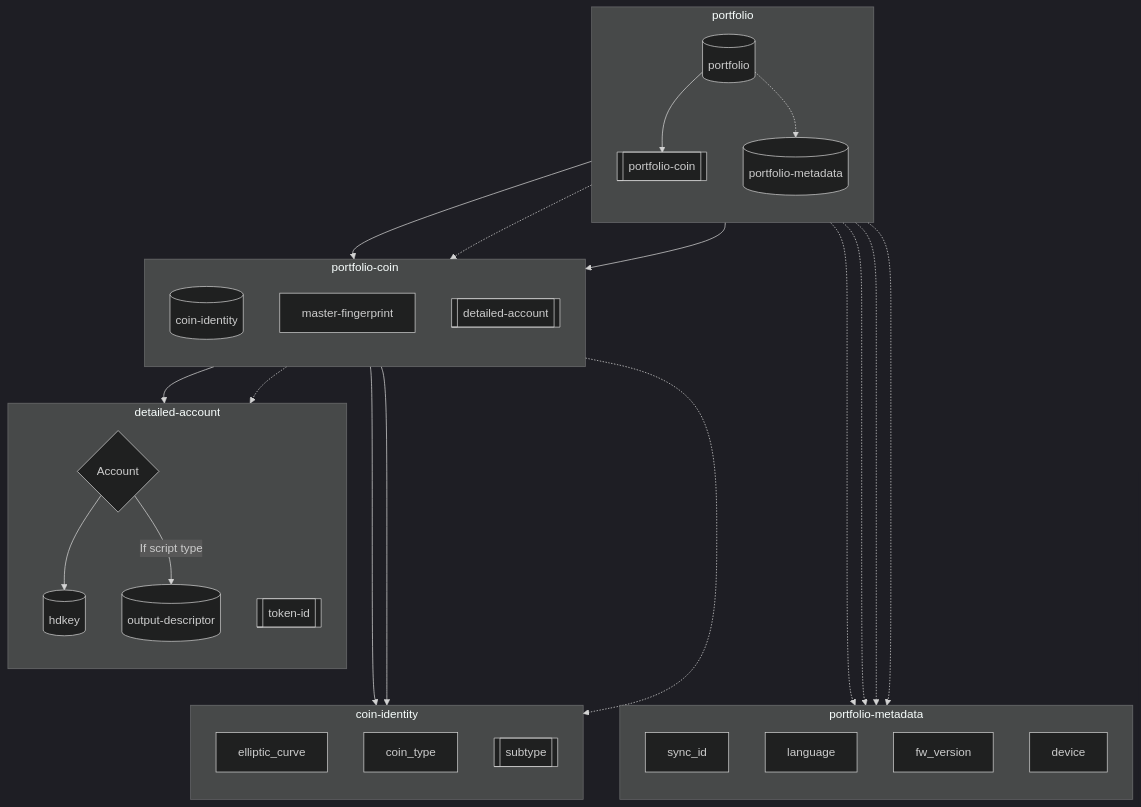
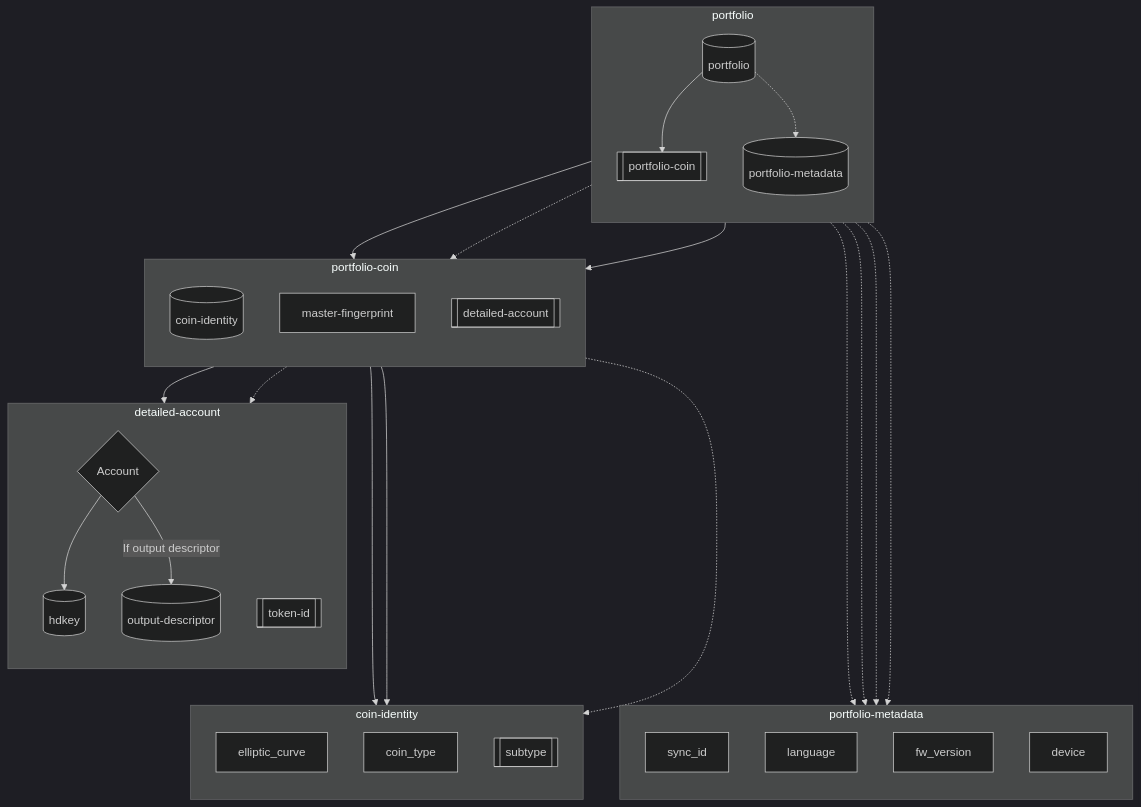
One commit to ngraveio/Research changed the fourth of 4 diagrams in papers/nbcr-2023-002-multi-layer-sync.md. Above: the diagram before and after it, drawn with Mermaid (dark theme). The commit also changed other lines of this file and 1 other file, not shown here.

First line of the commit message:
feat(nbcr-2024-001): Support output descriptor in UAI format (#13)

````diff
--- a/papers/nbcr-2023-002-multi-layer-sync.md
+++ b/papers/nbcr-2023-002-multi-layer-sync.md
@@ -458,44 +448,44 @@
 ```mermaid
 flowchart TB
 	%% portfolio breakdown
 	Sync[(portfolio)]
 	subgraph portfolio
     direction TB
 	Sync --> Coins[[portfolio-coin]]
 	Sync -.-> Meta[(portfolio-metadata)]
     end
 
 	%% portfolio-metadata breakdown
 	subgraph portfolio-metadata
     direction TB
 	Meta -...-> sync_id
 	Meta -...-> language
 	Meta -...-> fw_version
 	Meta -...-> device
 	end
 
 	%% portfolio-coin breakdown
 	subgraph portfolio-coin
     direction TB
 	Coins --> ID[(coin-identity)]
     Coins -.-> MF2[master-fingerprint]
 	Coins --> DetAcc[[detailed-account]]
     end
 
     %% detailed-account breakdown
     subgraph detailed-account
     direction TB
     DetAcc --> key{Account}
 	key --> HD[(hdkey)]
-	key --> |If script type| Out[(output-descriptor)]
+	key --> |If output descriptor| Out[(output-descriptor)]
 	DetAcc -.-> Token[[token-id]]
 	end
 
 	%% coin-identity breakdown
 	subgraph coin-identity
     direction TB
 	ID ---> elliptic_curve
 	ID ---> coin_type
 	ID -..-> Subtypes[[subtype]]
 	end
 ```
````
